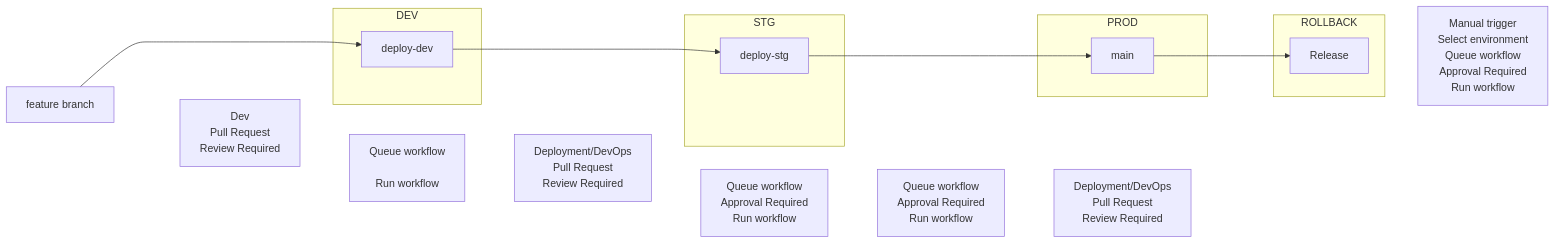
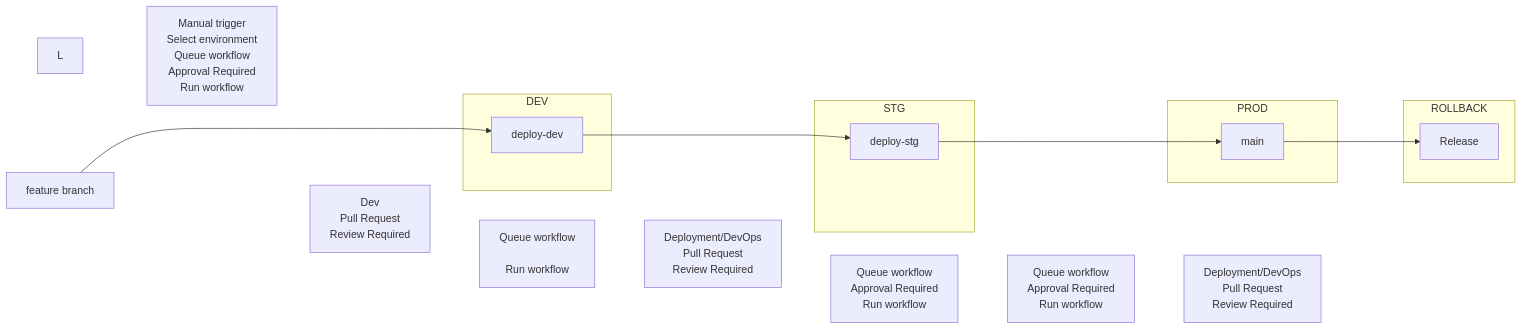
One commit to fritzramos-gf/Workflows changed the diagram in Gates-Workflow.md. Above: the diagram before and after it, drawn with Mermaid.

````diff
--- a/Gates-Workflow.md
+++ b/Gates-Workflow.md
@@ -1,32 +1,32 @@
 ```mermaid
 flowchart LR
     A[feature branch] ----> B
     A ~~~ C["Dev\nPull Request\nReview Required"]
     C ~~~ B
     subgraph DEV
         B[deploy-dev]
     end
      C ~~~ G["Queue workflow
         \nRun workflow"]
 
     B ---> D
     G ~~~ H["Deployment/DevOps\nPull Request\nReview Required"]
     H ~~~ D
     subgraph STG
         D[deploy-stg]
     end
     D ---> E
     H ~~~ I["Queue workflow\nApproval Required\nRun workflow"]
     subgraph PROD
         E[main]
     end
     I ~~~ J["Queue workflow\nApproval Required\nRun workflow"]
     E ---> F
     J ~~~ K["Deployment/DevOps\nPull Request\nReview Required"] 
     subgraph ROLLBACK
         F[Release]
     end
-    F ~~~ L["Manual trigger\nSelect environment\nQueue workflow\nApproval Required\nRun workflow"]
+    L ~~~ M["Manual trigger\nSelect environment\nQueue workflow\nApproval Required\nRun workflow"]
 
 
 ```
````
